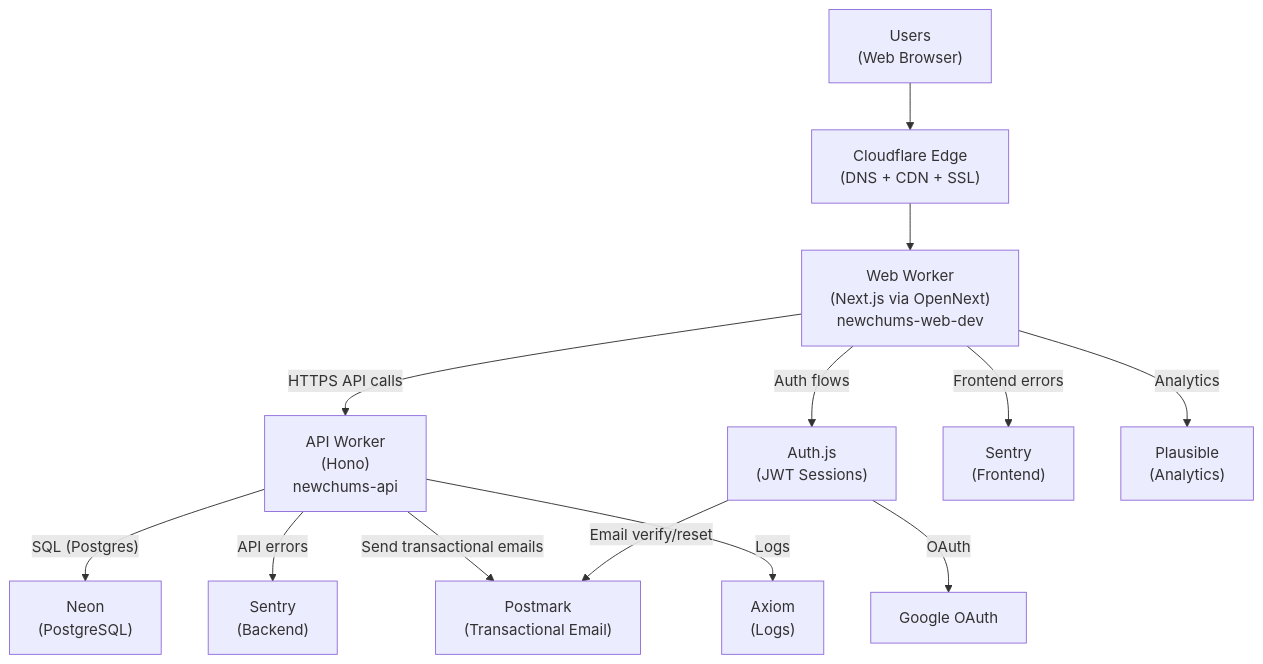
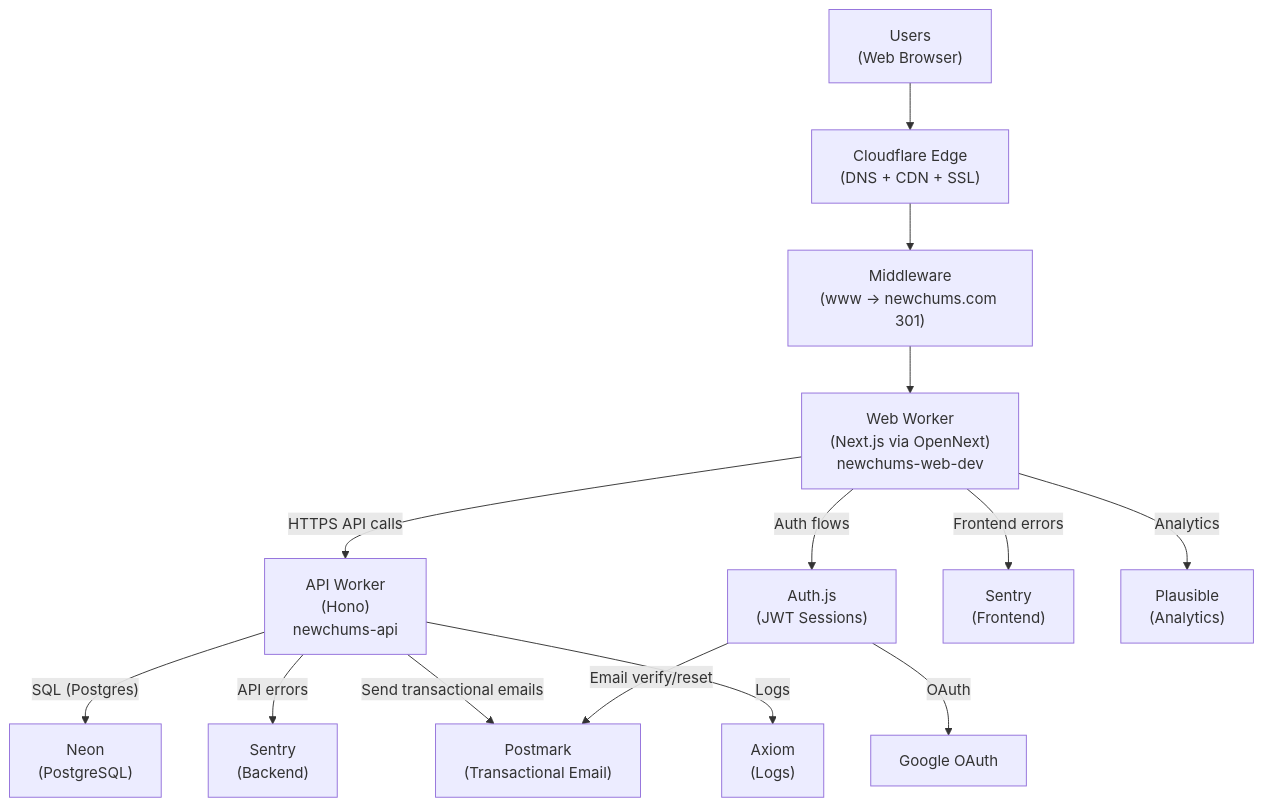
The first of 7 diagrams in docs/System_Map.md (RSS705/newchums), drawn with Mermaid before and after one commit. The commit also changed other lines of this file and 5 other files, not shown here.

````diff
--- a/docs/System_Map.md
+++ b/docs/System_Map.md
@@ -17,19 +19,20 @@
 ```mermaid
 flowchart TB
   U["Users<br/>(Web Browser)"] --> CF["Cloudflare Edge<br/>(DNS + CDN + SSL)"]
-  CF --> W["Web Worker<br/>(Next.js via OpenNext)<br/>newchums-web-dev"]
+  CF --> MW["Middleware<br/>(www → newchums.com 301)"]
+  MW --> W["Web Worker<br/>(Next.js via OpenNext)<br/>newchums-web-dev"]
 
   W -->|"HTTPS API calls"| API["API Worker<br/>(Hono)<br/>newchums-api"]
 
   API -->|"SQL (Postgres)"| DB["Neon<br/>(PostgreSQL)"]
 
   W -->|"Auth flows"| AUTH["Auth.js<br/>(JWT Sessions)"]
   AUTH -->|"OAuth"| GOOGLE["Google OAuth"]
   AUTH -->|"Email verify/reset"| PM["Postmark<br/>(Transactional Email)"]
   API -->|"Send transactional emails"| PM
 
   W -->|"Frontend errors"| SENTRY_FE["Sentry<br/>(Frontend)"]
   API -->|"API errors"| SENTRY_BE["Sentry<br/>(Backend)"]
   API -->|"Logs"| AX["Axiom<br/>(Logs)"]
   W -->|"Analytics"| PLAUS["Plausible<br/>(Analytics)"]
 ```
````
